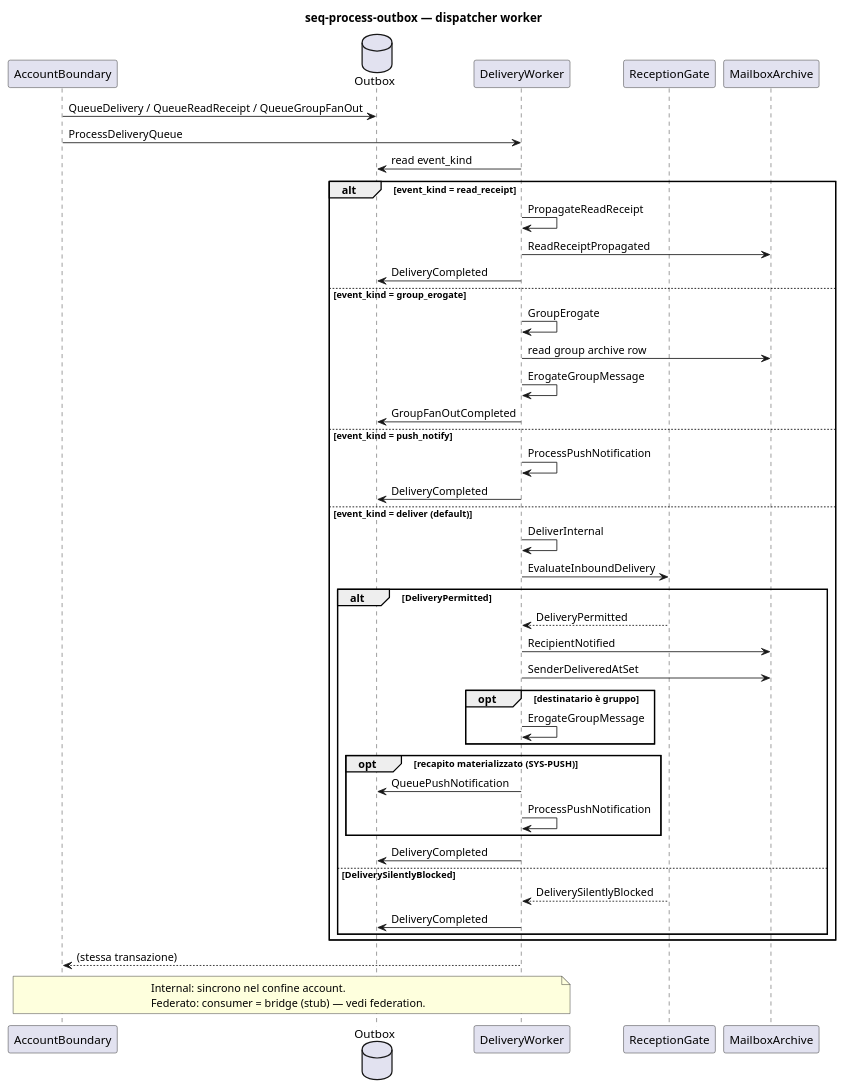
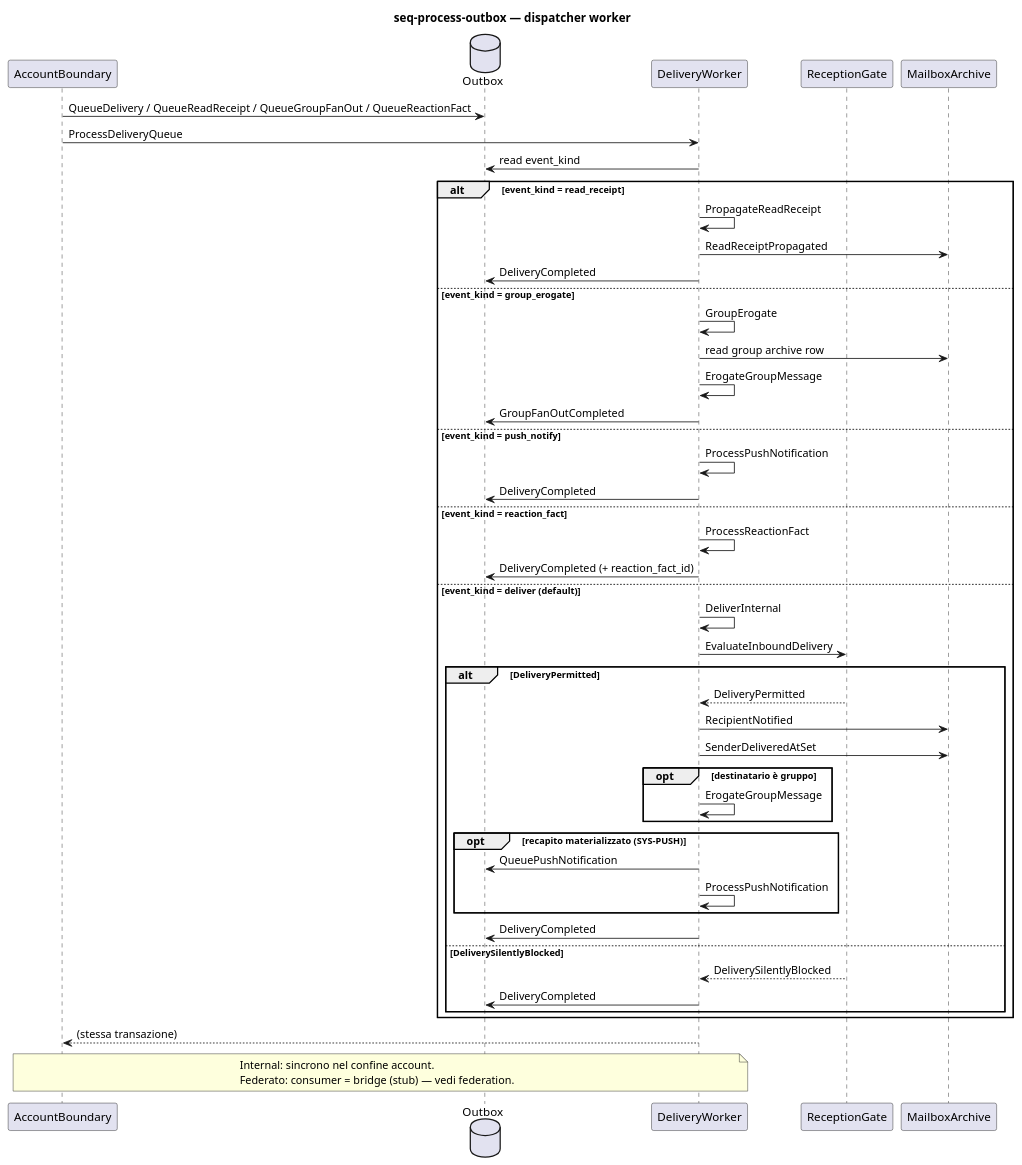
Before and after one commit to alfred-im/alfred-im: the diagram in docs/model/uml/delivery/seq-process-outbox.puml, drawn with PlantUML. The commit also changed 11 other files, not shown here.

First line of the commit message:
docs: allinea delivery/reactions/read_receipt al codice su main

```diff
--- a/docs/model/uml/delivery/seq-process-outbox.puml
+++ b/docs/model/uml/delivery/seq-process-outbox.puml
@@ -1,61 +1,64 @@
 @startuml seq-process-outbox
 ' Context: delivery
 ' Profile: platform
 ' Command: ProcessDeliveryQueue
 ' SDD: SYS-DELIVERY-011
-' Revision: 2026-07-27
+' Revision: 2026-09-05
 
 title seq-process-outbox — dispatcher worker
 
 participant "AccountBoundary" as AB
 database "Outbox" as OB
 participant "DeliveryWorker" as DW
 participant "ReceptionGate" as GATE
 participant "MailboxArchive" as MSG
 
-AB -> OB : QueueDelivery / QueueReadReceipt / QueueGroupFanOut
+AB -> OB : QueueDelivery / QueueReadReceipt / QueueGroupFanOut / QueueReactionFact
 AB -> DW : ProcessDeliveryQueue
 
 DW -> OB : read event_kind
 
 alt event_kind = read_receipt
   DW -> DW : PropagateReadReceipt
   DW -> MSG : ReadReceiptPropagated
   DW -> OB : DeliveryCompleted
 else event_kind = group_erogate
   DW -> DW : GroupErogate
   DW -> MSG : read group archive row
   DW -> DW : ErogateGroupMessage
   DW -> OB : GroupFanOutCompleted
 else event_kind = push_notify
   DW -> DW : ProcessPushNotification
   DW -> OB : DeliveryCompleted
+else event_kind = reaction_fact
+  DW -> DW : ProcessReactionFact
+  DW -> OB : DeliveryCompleted (+ reaction_fact_id)
 else event_kind = deliver (default)
   DW -> DW : DeliverInternal
   DW -> GATE : EvaluateInboundDelivery
   alt DeliveryPermitted
     GATE --> DW : DeliveryPermitted
     DW -> MSG : RecipientNotified
     DW -> MSG : SenderDeliveredAtSet
     opt destinatario è gruppo
       DW -> DW : ErogateGroupMessage
     end
     opt recapito materializzato (SYS-PUSH)
       DW -> OB : QueuePushNotification
       DW -> DW : ProcessPushNotification
     end
     DW -> OB : DeliveryCompleted
   else DeliverySilentlyBlocked
     GATE --> DW : DeliverySilentlyBlocked
     DW -> OB : DeliveryCompleted
   end
 end
 
 DW --> AB : (stessa transazione)
 
 note over AB, DW
   Internal: sincrono nel confine account.
   Federato: consumer = bridge (stub) — vedi federation.
 end note
 
 @enduml
```
